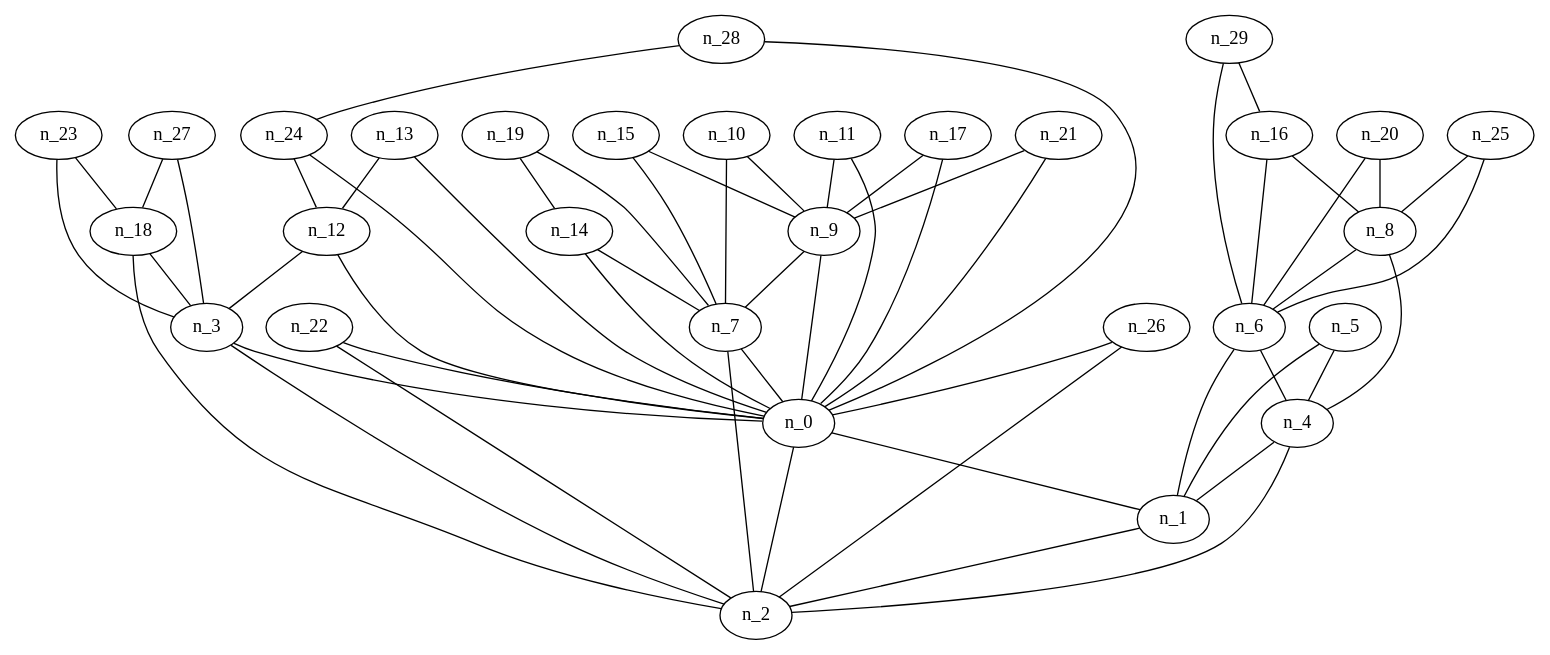
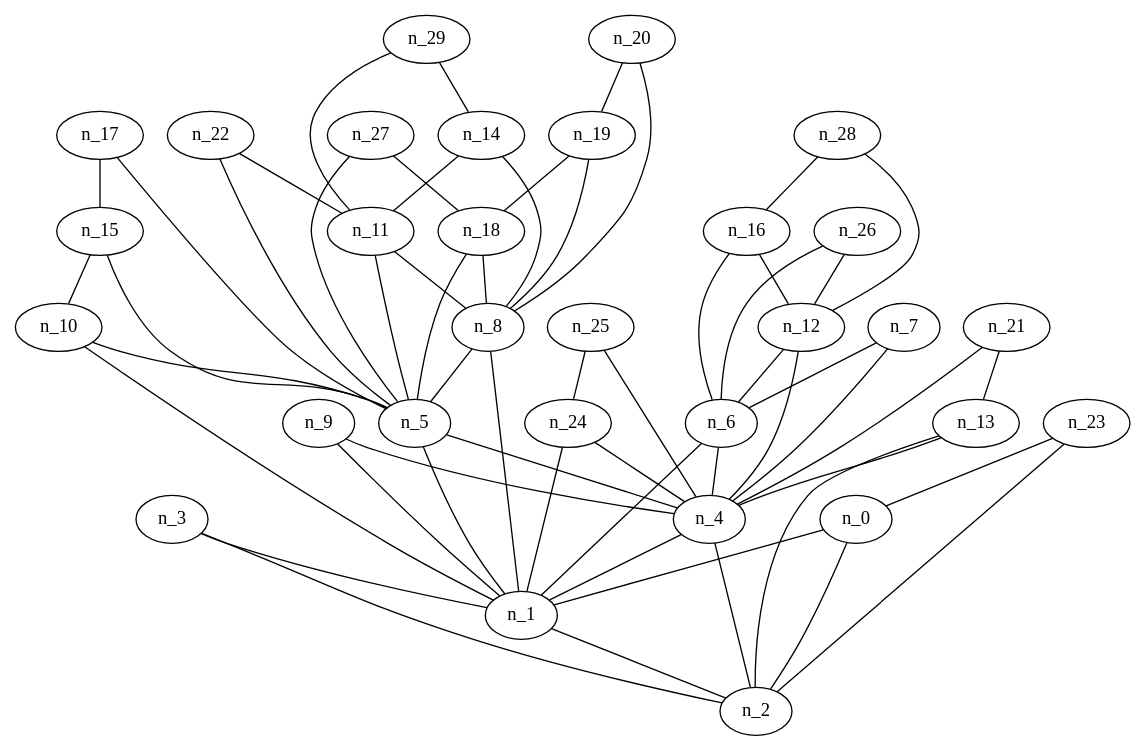
Before and after one commit to AkatzinBH/DAA: the diagram in Proyecto2/30 Nodos/Dorogovtsev/grafoDorogovtsevMendes_30.gv, drawn with Graphviz. The commit also changed 8 other files, not shown here.

```diff
--- a/Proyecto2/30 Nodos/Dorogovtsev/grafoDorogovtsevMendes_30.gv
+++ b/Proyecto2/30 Nodos/Dorogovtsev/grafoDorogovtsevMendes_30.gv
@@ -1,89 +1,89 @@
 graph grafoDorogovtsevMendes_30  {
 n_0;
 n_1;
 n_2;
 n_3;
 n_4;
 n_5;
 n_6;
 n_7;
 n_8;
 n_9;
 n_10;
 n_11;
 n_12;
 n_13;
 n_14;
 n_15;
 n_16;
 n_17;
 n_18;
 n_19;
 n_20;
 n_21;
 n_22;
 n_23;
 n_24;
 n_25;
 n_26;
 n_27;
 n_28;
 n_29;
 n_0 -- n_1;
 n_1 -- n_2;
 n_2 -- n_0;
+n_3 -- n_1;
 n_3 -- n_2;
-n_3 -- n_0;
 n_4 -- n_1;
 n_4 -- n_2;
 n_5 -- n_4;
 n_5 -- n_1;
 n_6 -- n_4;
 n_6 -- n_1;
-n_7 -- n_2;
-n_7 -- n_0;
-n_8 -- n_6;
-n_8 -- n_4;
-n_9 -- n_7;
-n_9 -- n_0;
-n_10 -- n_9;
-n_10 -- n_7;
-n_11 -- n_9;
-n_11 -- n_0;
-n_12 -- n_3;
-n_12 -- n_0;
-n_13 -- n_12;
-n_13 -- n_0;
-n_14 -- n_7;
-n_14 -- n_0;
-n_15 -- n_9;
-n_15 -- n_7;
-n_16 -- n_8;
+n_7 -- n_6;
+n_7 -- n_4;
+n_8 -- n_5;
+n_8 -- n_1;
+n_9 -- n_4;
+n_9 -- n_1;
+n_10 -- n_5;
+n_10 -- n_1;
+n_11 -- n_8;
+n_11 -- n_5;
+n_12 -- n_6;
+n_12 -- n_4;
+n_13 -- n_4;
+n_13 -- n_2;
+n_14 -- n_11;
+n_14 -- n_8;
+n_15 -- n_10;
+n_15 -- n_5;
+n_16 -- n_12;
 n_16 -- n_6;
-n_17 -- n_9;
-n_17 -- n_0;
-n_18 -- n_3;
-n_18 -- n_2;
-n_19 -- n_14;
-n_19 -- n_7;
+n_17 -- n_15;
+n_17 -- n_5;
+n_18 -- n_8;
+n_18 -- n_5;
+n_19 -- n_18;
+n_19 -- n_8;
+n_20 -- n_19;
 n_20 -- n_8;
-n_20 -- n_6;
-n_21 -- n_9;
-n_21 -- n_0;
-n_22 -- n_2;
-n_22 -- n_0;
-n_23 -- n_18;
-n_23 -- n_3;
-n_24 -- n_12;
-n_24 -- n_0;
-n_25 -- n_8;
-n_25 -- n_6;
-n_26 -- n_2;
-n_26 -- n_0;
+n_21 -- n_13;
+n_21 -- n_4;
+n_22 -- n_11;
+n_22 -- n_5;
+n_23 -- n_2;
+n_23 -- n_0;
+n_24 -- n_4;
+n_24 -- n_1;
+n_25 -- n_24;
+n_25 -- n_4;
+n_26 -- n_12;
+n_26 -- n_6;
 n_27 -- n_18;
-n_27 -- n_3;
-n_28 -- n_24;
-n_28 -- n_0;
-n_29 -- n_16;
-n_29 -- n_6;
+n_27 -- n_5;
+n_28 -- n_16;
+n_28 -- n_12;
+n_29 -- n_14;
+n_29 -- n_11;
 }
```
